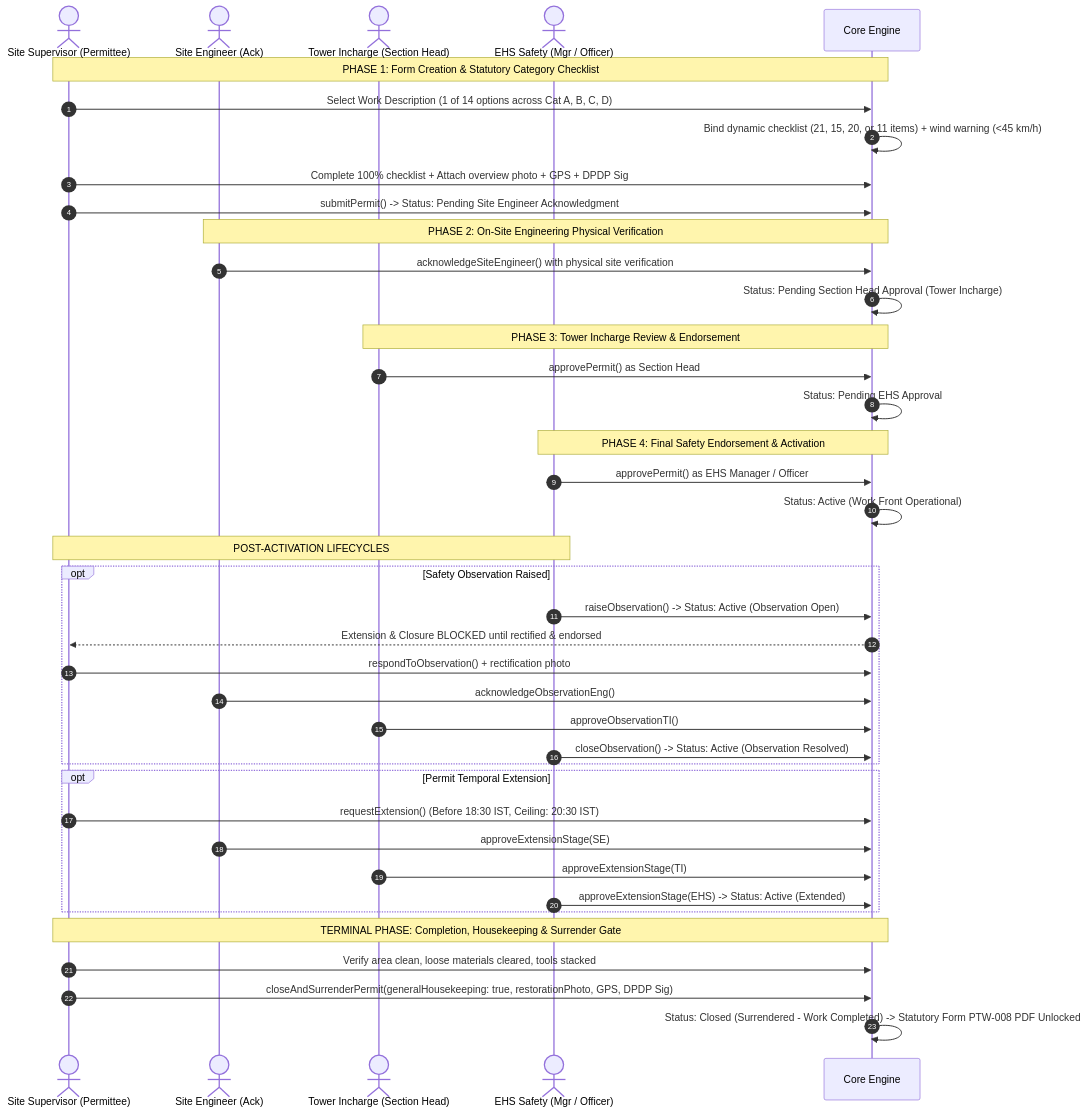
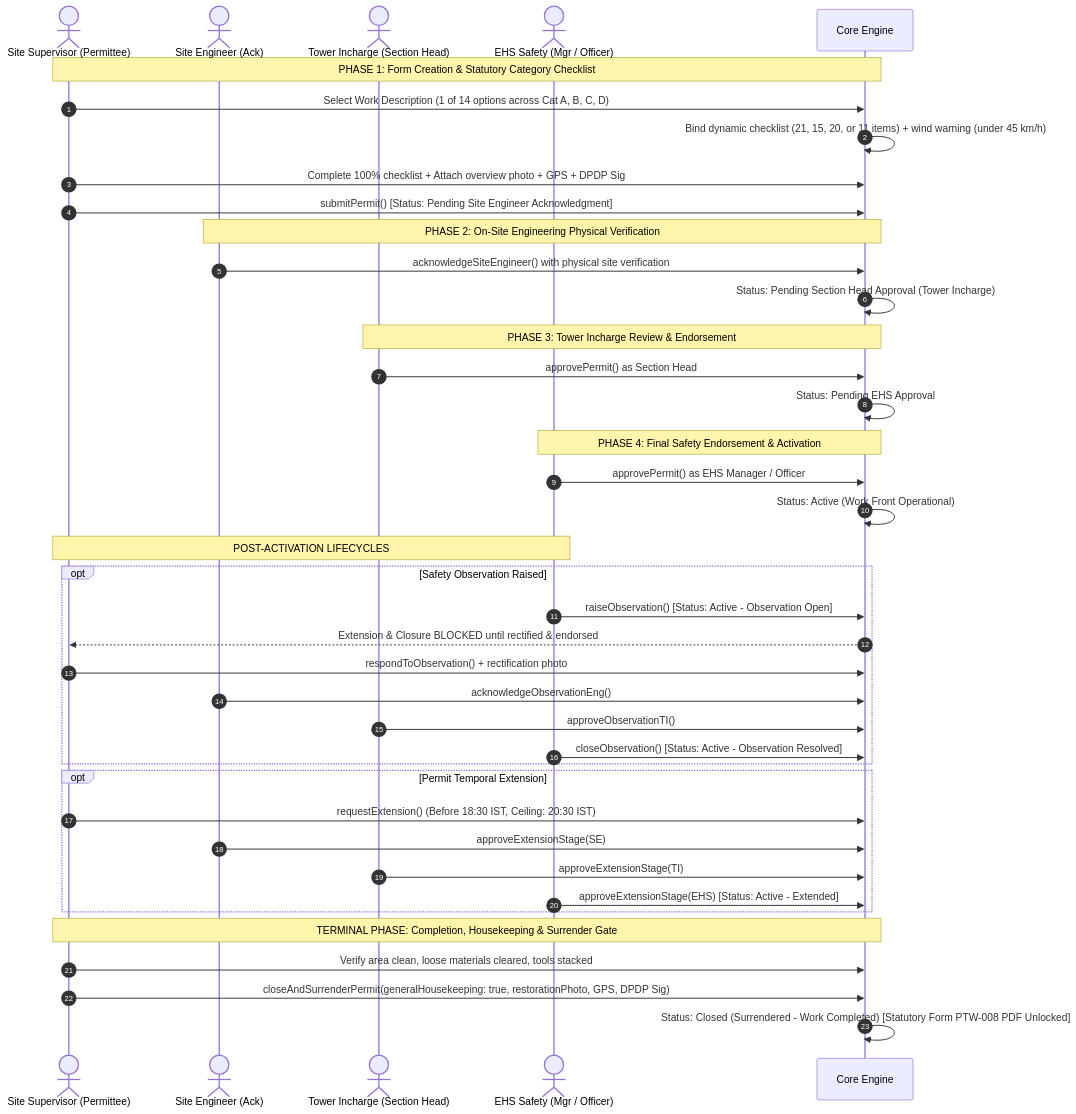
Diagram 21 of 32 in README.md (AuroGroupAutomationBot/ARPL-EHS-Demo), drawn with Mermaid before and after one commit. The commit also changed other lines of this file, not shown here.

````diff
--- a/README.md
+++ b/README.md
@@ -1633,49 +1732,49 @@
 ```mermaid
 sequenceDiagram
     autonumber
     actor SS as Site Supervisor (Permittee)
     actor SE as Site Engineer (Ack)
     actor TI as Tower Incharge (Section Head)
     actor EHS as EHS Safety (Mgr / Officer)
     participant SYS as Core Engine
 
     Note over SS,SYS: PHASE 1: Form Creation & Statutory Category Checklist
     SS->>SYS: Select Work Description (1 of 14 options across Cat A, B, C, D)
-    SYS->>SYS: Bind dynamic checklist (21, 15, 20, or 11 items) + wind warning (<45 km/h)
+    SYS->>SYS: Bind dynamic checklist (21, 15, 20, or 11 items) + wind warning (under 45 km/h)
     SS->>SYS: Complete 100% checklist + Attach overview photo + GPS + DPDP Sig
-    SS->>SYS: submitPermit() -> Status: Pending Site Engineer Acknowledgment
+    SS->>SYS: submitPermit() [Status: Pending Site Engineer Acknowledgment]
 
     Note over SE,SYS: PHASE 2: On-Site Engineering Physical Verification
     SE->>SYS: acknowledgeSiteEngineer() with physical site verification
     SYS->>SYS: Status: Pending Section Head Approval (Tower Incharge)
 
     Note over TI,SYS: PHASE 3: Tower Incharge Review & Endorsement
     TI->>SYS: approvePermit() as Section Head
     SYS->>SYS: Status: Pending EHS Approval
 
     Note over EHS,SYS: PHASE 4: Final Safety Endorsement & Activation
     EHS->>SYS: approvePermit() as EHS Manager / Officer
     SYS->>SYS: Status: Active (Work Front Operational)
 
     Note over SS,EHS: POST-ACTIVATION LIFECYCLES
     opt Safety Observation Raised
-        EHS->>SYS: raiseObservation() -> Status: Active (Observation Open)
+        EHS->>SYS: raiseObservation() [Status: Active - Observation Open]
         SYS-->>SS: Extension & Closure BLOCKED until rectified & endorsed
         SS->>SYS: respondToObservation() + rectification photo
         SE->>SYS: acknowledgeObservationEng()
         TI->>SYS: approveObservationTI()
-        EHS->>SYS: closeObservation() -> Status: Active (Observation Resolved)
+        EHS->>SYS: closeObservation() [Status: Active - Observation Resolved]
     end
 
     opt Permit Temporal Extension
         SS->>SYS: requestExtension() (Before 18:30 IST, Ceiling: 20:30 IST)
         SE->>SYS: approveExtensionStage(SE)
         TI->>SYS: approveExtensionStage(TI)
-        EHS->>SYS: approveExtensionStage(EHS) -> Status: Active (Extended)
+        EHS->>SYS: approveExtensionStage(EHS) [Status: Active - Extended]
     end
 
     Note over SS,SYS: TERMINAL PHASE: Completion, Housekeeping & Surrender Gate
     SS->>SYS: Verify area clean, loose materials cleared, tools stacked
     SS->>SYS: closeAndSurrenderPermit(generalHousekeeping: true, restorationPhoto, GPS, DPDP Sig)
-    SYS->>SYS: Status: Closed (Surrendered - Work Completed) -> Statutory Form PTW-008 PDF Unlocked
+    SYS->>SYS: Status: Closed (Surrendered - Work Completed) [Statutory Form PTW-008 PDF Unlocked]
 ```
````
